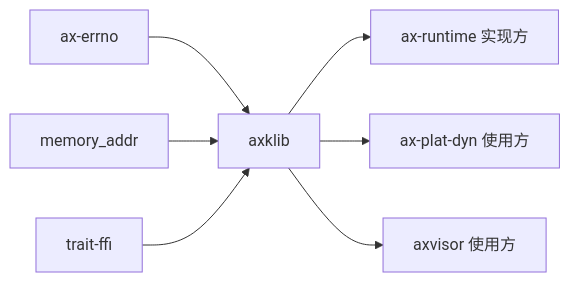
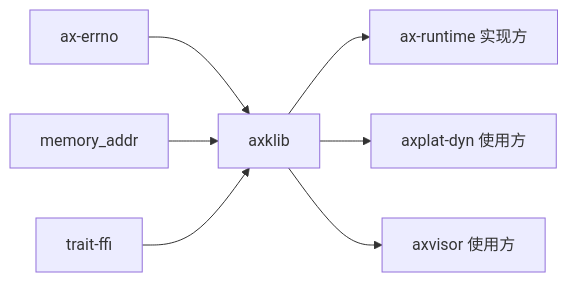
Before and after one commit to rcore-os/tgoskits: the second of 2 diagrams in docs/docs/components/crates/axklib.md, drawn with Mermaid. The commit also changed other lines of this file and 38 other files, not shown here.

First line of the commit message:
refactor: restructure axplat-dyn platform module

````diff
--- a/docs/docs/components/crates/axklib.md
+++ b/docs/docs/components/crates/axklib.md
@@ -82,10 +82,10 @@
 ```mermaid
 graph LR
     ax_errno["ax-errno"] --> axklib["axklib"]
     memory_addr["memory_addr"] --> axklib
     trait_ffi["trait-ffi"] --> axklib
 
     axklib --> ax-runtime["ax-runtime 实现方"]
-    axklib --> ax_plat_dyn["ax-plat-dyn 使用方"]
+    axklib --> axplat_dyn["axplat-dyn 使用方"]
     axklib --> axvisor["axvisor 使用方"]
 ```
````
